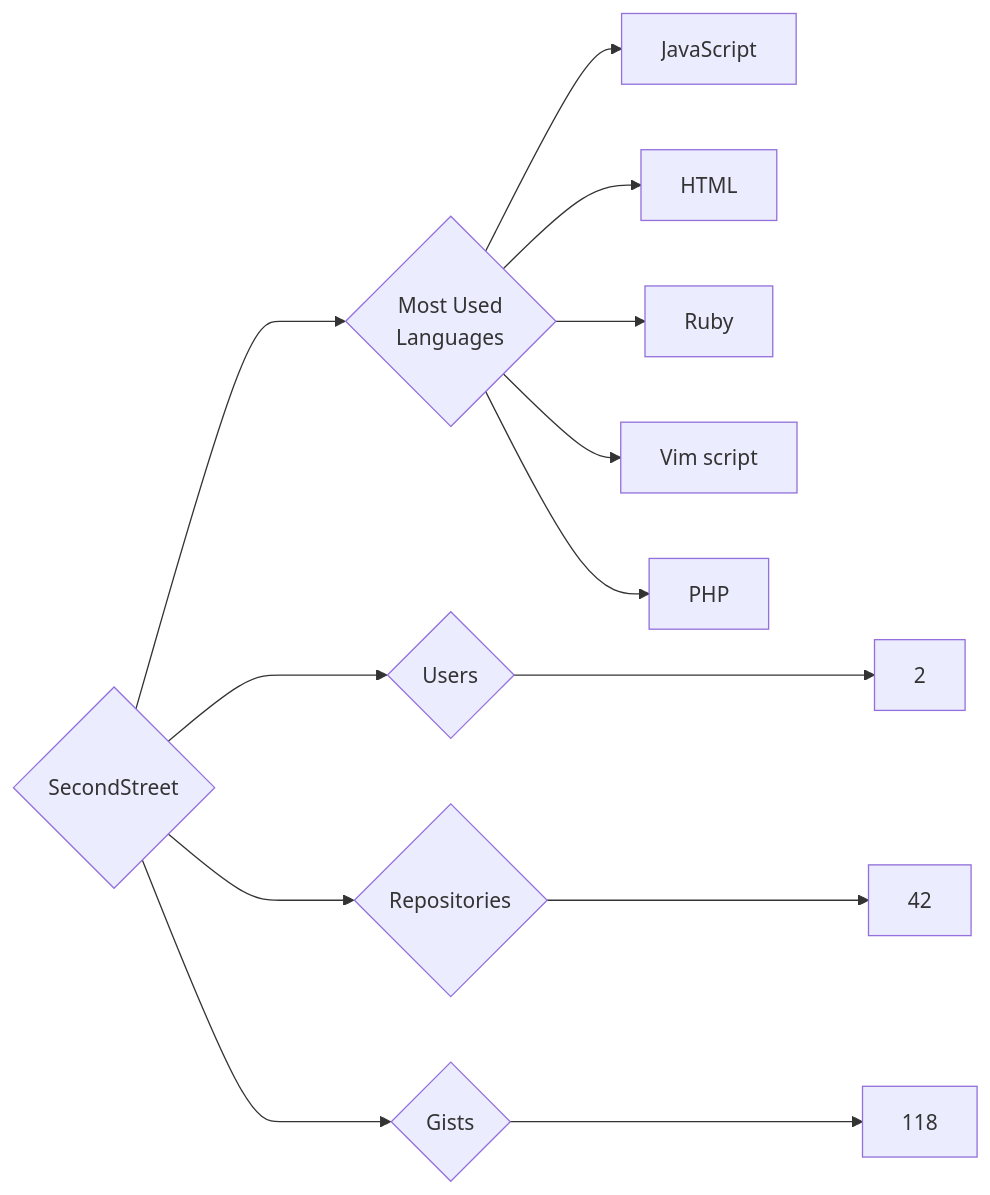
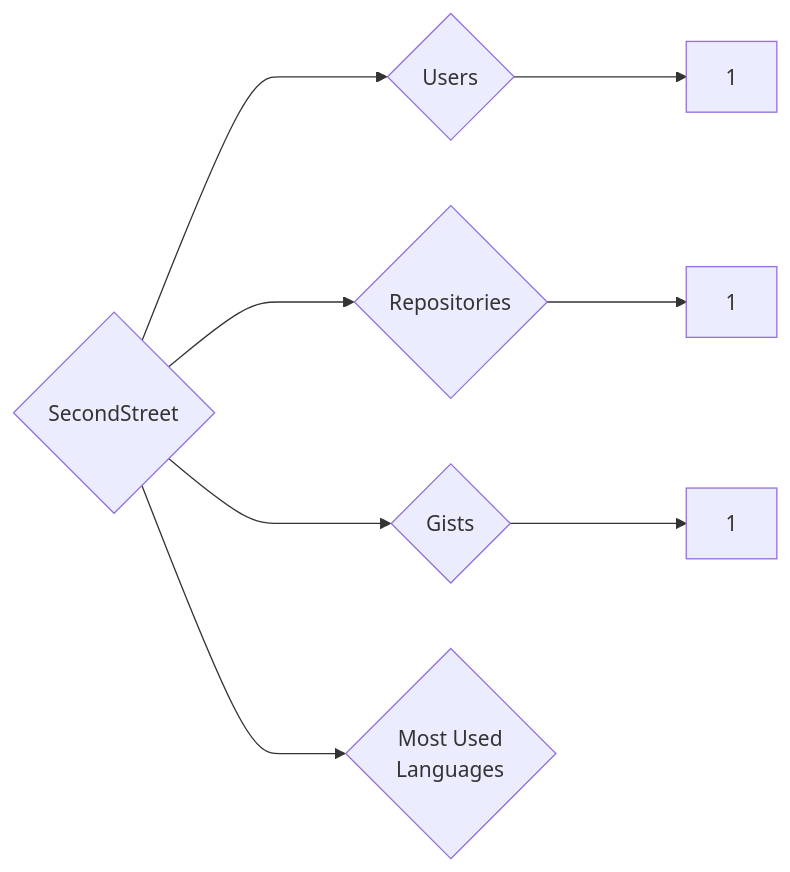
One commit to trickest/insiders changed the diagram in targets/SecondStreet/README.md. Above: the diagram before and after it, drawn with Mermaid. The commit also changed 870 other files, not shown here.

````diff
--- a/targets/SecondStreet/README.md
+++ b/targets/SecondStreet/README.md
@@ -3,13 +3,8 @@
 ```mermaid
 graph LR
 COMPANY_NAME{SecondStreet}
-COMPANY_NAME ---> U{Users} ---> UN[2]
-COMPANY_NAME ---> R{Repositories} ---> RN[42]
-COMPANY_NAME ---> G{Gists} ---> GN[118]
+COMPANY_NAME ---> U{Users} ---> UN[1]
+COMPANY_NAME ---> R{Repositories} ---> RN[1]
+COMPANY_NAME ---> G{Gists} ---> GN[1]
 COMPANY_NAME ---> ML{Most Used<br>Languages}
-ML --> JavaScript[JavaScript]
-ML --> HTML[HTML]
-ML --> Ruby[Ruby]
-ML --> Vim_script[Vim script]
-ML --> PHP[PHP]
 ```
````
